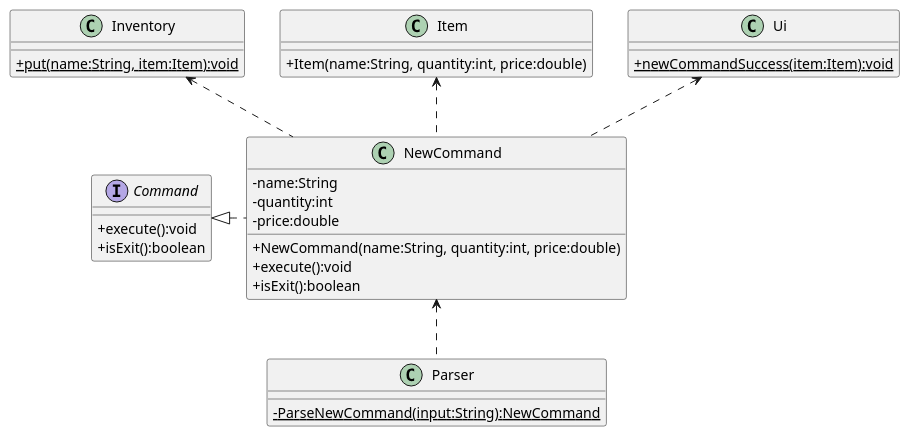
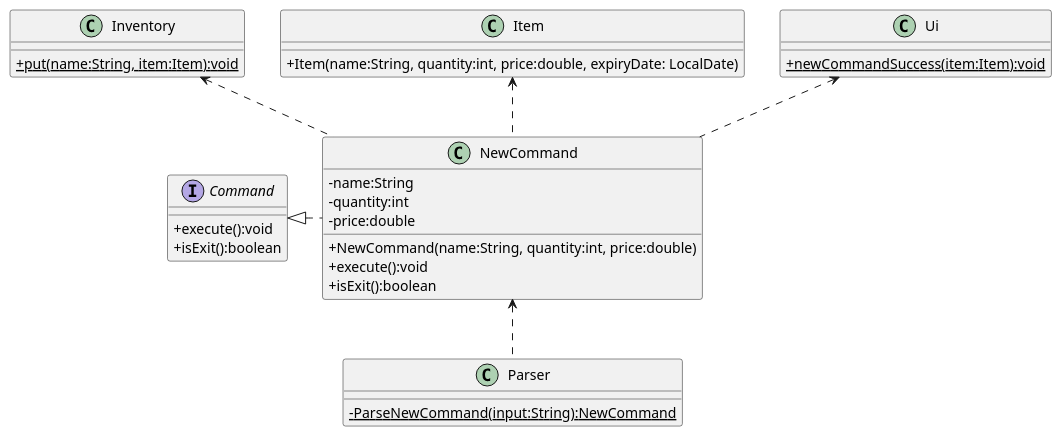
Before and after one commit to nus-cs2113-AY2324S2/tp: the first of 2 diagrams in docs/uml-diagrams/NewCommand.puml, drawn with PlantUML. The commit also changed 1 other file, not shown here.

Commit message:
add UML diagram and sequence diagram

```diff
--- a/docs/uml-diagrams/NewCommand.puml
+++ b/docs/uml-diagrams/NewCommand.puml
@@ -1,48 +1,48 @@
 @startuml
 'https://plantuml.com/class-diagram
 skinparam classAttributeIconSize 0
 
 abstract class Command
 class Inventory
 class Item
 class NewCommand
 class Parser
 class Ui
 
 Command <|. NewCommand
 Item <.. NewCommand
 Ui <.. NewCommand
 Inventory <.. NewCommand
 NewCommand <.. Parser
 
 interface Command {
     +execute():void
     +isExit():boolean
 }
 
 class NewCommand {
     -name:String
     -quantity:int
     -price:double
     +NewCommand(name:String, quantity:int, price:double)
     +execute():void
     +isExit():boolean
 }
 
 class Item {
-    +Item(name:String, quantity:int, price:double)
+    +Item(name:String, quantity:int, price:double, expiryDate: LocalDate)
 }
 
 class Inventory {
     {static}+put(name:String, item:Item):void
 }
 
 class Ui {
     {static}+newCommandSuccess(item:Item):void
 }
 
 class Parser {
     {static}-ParseNewCommand(input:String):NewCommand
 }
 
 @enduml
```
